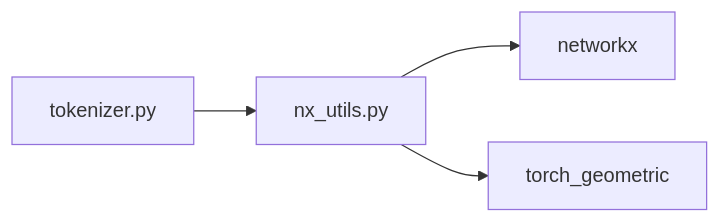
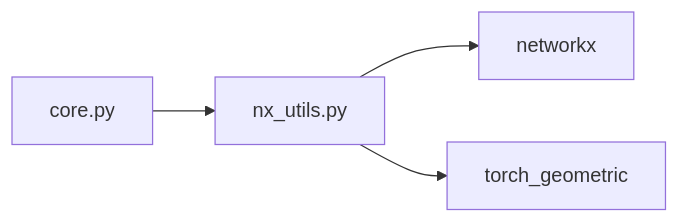
One commit to alibaba/graph-gpt changed the sixth of 6 diagrams in .qoder/repowiki/en/content/Tokenization System/Eulerian Path Conversion.md. Above: the diagram before and after it, drawn with Mermaid. The commit also changed other lines of this file and 2 other files, not shown here.

````diff
--- a/.qoder/repowiki/en/content/Tokenization System/Eulerian Path Conversion.md
+++ b/.qoder/repowiki/en/content/Tokenization System/Eulerian Path Conversion.md
@@ -284,6 +367,6 @@
 ```mermaid
 graph LR
-Tok["tokenizer.py"] --> NxU["nx_utils.py"]
+Tok["core.py"] --> NxU["nx_utils.py"]
 NxU --> NX["networkx"]
 NxU --> TG["torch_geometric"]
 ```
````
